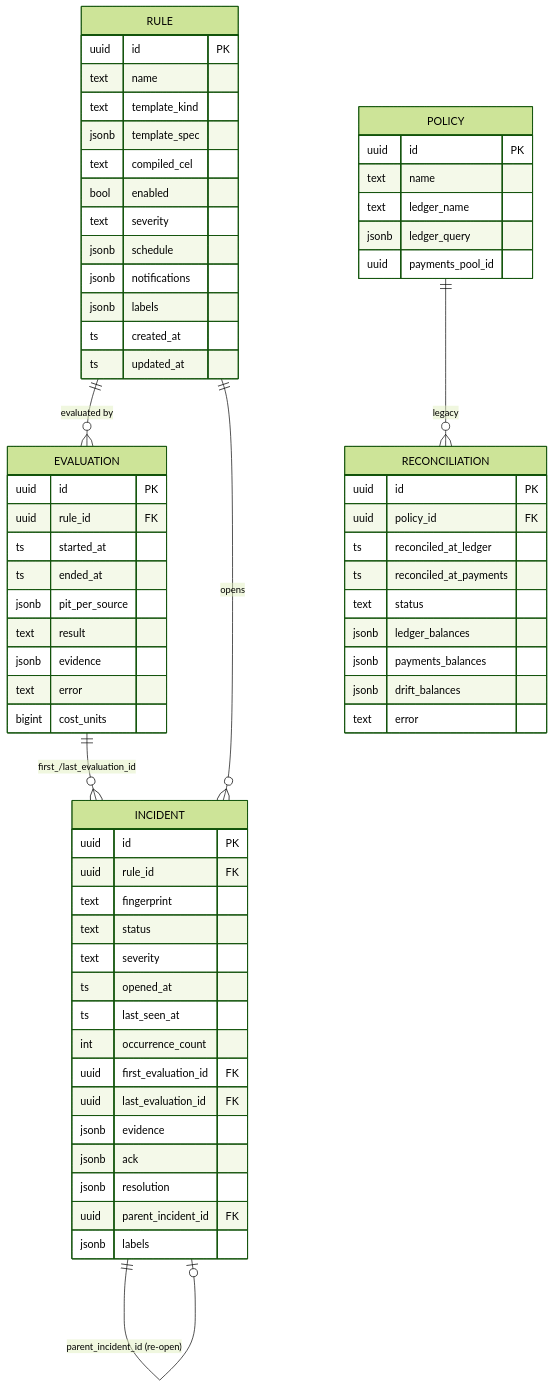
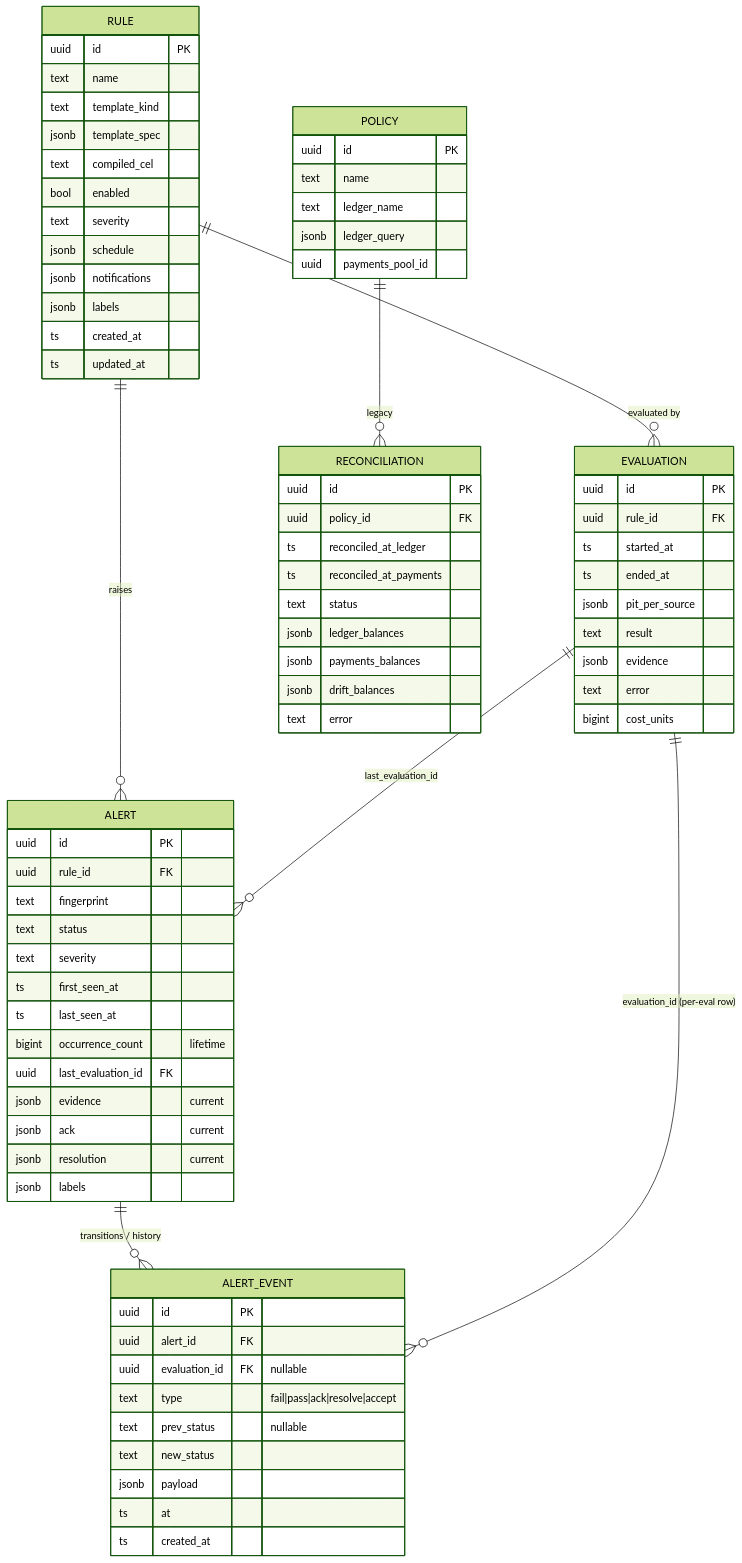
Before and after one commit to formancehq/reconciliation: the fourth of 4 diagrams in docs/technical/architecture.md, drawn with Mermaid (forest theme). The commit also changed other lines of this file and 34 other files, not shown here.

First line of the commit message:
refactor(v1): incidents → alerts + append-only alert_event log

````diff
--- a/docs/technical/architecture.md
+++ b/docs/technical/architecture.md
@@ -107,69 +107,79 @@
 ```mermaid
 erDiagram
-    RULE ||--o{ EVALUATION : "evaluated by"
-    RULE ||--o{ INCIDENT   : "opens"
-    EVALUATION ||--o{ INCIDENT : "first_/last_evaluation_id"
-    INCIDENT ||--o| INCIDENT : "parent_incident_id (re-open)"
-    POLICY ||--o{ RECONCILIATION : "legacy"
+    RULE       ||--o{ EVALUATION  : "evaluated by"
+    RULE       ||--o{ ALERT       : "raises"
+    EVALUATION ||--o{ ALERT       : "last_evaluation_id"
+    ALERT      ||--o{ ALERT_EVENT : "transitions / history"
+    EVALUATION ||--o{ ALERT_EVENT : "evaluation_id (per-eval row)"
+    POLICY     ||--o{ RECONCILIATION : "legacy"
 
     RULE {
         uuid id PK
         text name
         text template_kind
         jsonb template_spec
         text compiled_cel
         bool enabled
         text severity
         jsonb schedule
         jsonb notifications
         jsonb labels
         ts created_at
         ts updated_at
     }
     EVALUATION {
         uuid id PK
         uuid rule_id FK
         ts started_at
         ts ended_at
         jsonb pit_per_source
         text result
         jsonb evidence
         text error
         bigint cost_units
     }
-    INCIDENT {
+    ALERT {
         uuid id PK
         uuid rule_id FK
         text fingerprint
         text status
         text severity
-        ts opened_at
+        ts first_seen_at
         ts last_seen_at
-        int occurrence_count
-        uuid first_evaluation_id FK
+        bigint occurrence_count "lifetime"
         uuid last_evaluation_id FK
-        jsonb evidence
-        jsonb ack
-        jsonb resolution
-        uuid parent_incident_id FK
+        jsonb evidence "current"
+        jsonb ack "current"
+        jsonb resolution "current"
         jsonb labels
+    }
+    ALERT_EVENT {
+        uuid id PK
+        uuid alert_id FK
+        uuid evaluation_id FK "nullable"
+        text type "fail|pass|ack|resolve|accept"
+        text prev_status "nullable"
+        text new_status
+        jsonb payload
+        ts at
+        ts created_at
     }
     POLICY {
         uuid id PK
         text name
         text ledger_name
         jsonb ledger_query
         uuid payments_pool_id
     }
     RECONCILIATION {
         uuid id PK
         uuid policy_id FK
         ts reconciled_at_ledger
         ts reconciled_at_payments
         text status
         jsonb ledger_balances
         jsonb payments_balances
         jsonb drift_balances
         text error
     }
 ```
````
